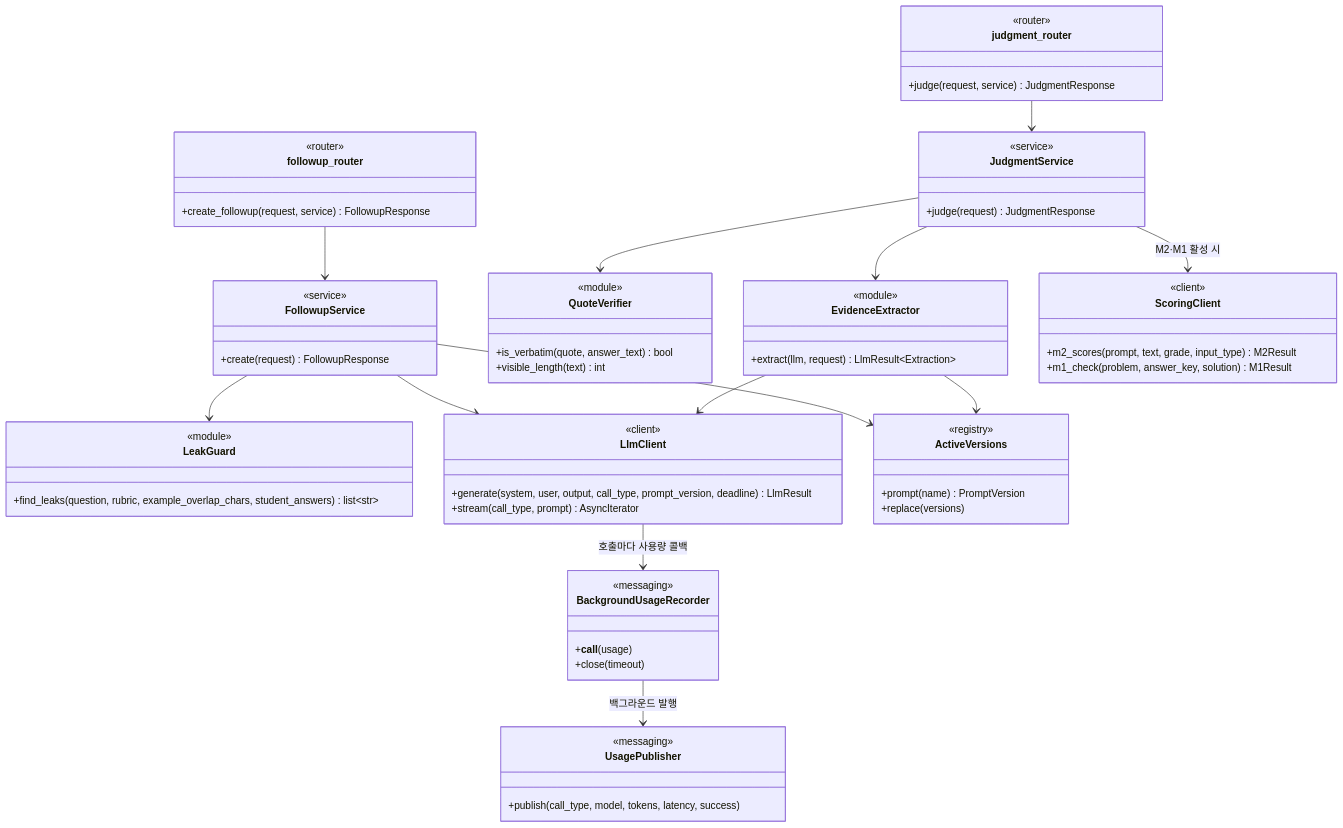
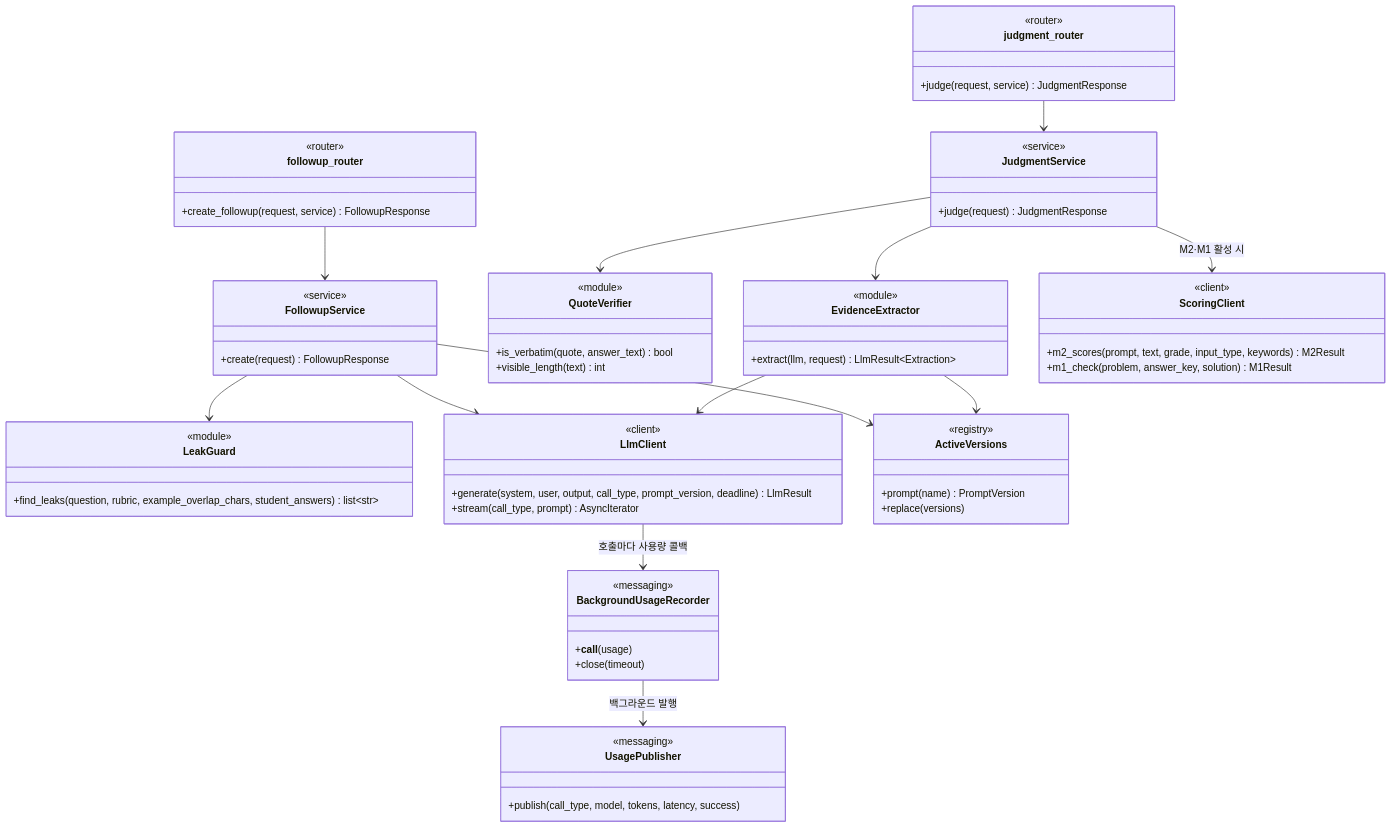
Before and after one commit to SKNETWORKS-FAMILY-AICAMP/SKN34-FINAL-3TEAM: diagram 11 of 15 in docs/design/class-diagram.md, drawn with Mermaid. The commit also changed other lines of this file and 19 other files, not shown here.

````diff
--- a/docs/design/class-diagram.md
+++ b/docs/design/class-diagram.md
@@ -1454,70 +1454,70 @@
 ```mermaid
 classDiagram
   direction TB
   class judgment_router {
     <<router>>
     +judge(request, service) JudgmentResponse
   }
   class JudgmentService {
     <<service>>
     +judge(request) JudgmentResponse
   }
   class EvidenceExtractor {
     <<module>>
     +extract(llm, request) LlmResult~Extraction~
   }
   class QuoteVerifier {
     <<module>>
     +is_verbatim(quote, answer_text) bool
     +visible_length(text) int
   }
   class followup_router {
     <<router>>
     +create_followup(request, service) FollowupResponse
   }
   class FollowupService {
     <<service>>
     +create(request) FollowupResponse
   }
   class LeakGuard {
     <<module>>
     +find_leaks(question, rubric, example_overlap_chars, student_answers) list~str~
   }
   class LlmClient {
     <<client>>
     +generate(system, user, output, call_type, prompt_version, deadline) LlmResult
     +stream(call_type, prompt) AsyncIterator
   }
   class ScoringClient {
     <<client>>
-    +m2_scores(prompt, text, grade, input_type) M2Result
+    +m2_scores(prompt, text, grade, input_type, keywords) M2Result
     +m1_check(problem, answer_key, solution) M1Result
   }
   class ActiveVersions {
     <<registry>>
     +prompt(name) PromptVersion
     +replace(versions)
   }
   class BackgroundUsageRecorder {
     <<messaging>>
     +__call__(usage)
     +close(timeout)
   }
   class UsagePublisher {
     <<messaging>>
     +publish(call_type, model, tokens, latency, success)
   }
 
   judgment_router --> JudgmentService
   JudgmentService --> EvidenceExtractor
   JudgmentService --> QuoteVerifier
   JudgmentService --> ScoringClient : M2·M1 활성 시
   EvidenceExtractor --> LlmClient
   EvidenceExtractor --> ActiveVersions
   followup_router --> FollowupService
   FollowupService --> LlmClient
   FollowupService --> LeakGuard
   FollowupService --> ActiveVersions
   LlmClient --> BackgroundUsageRecorder : 호출마다 사용량 콜백
   BackgroundUsageRecorder --> UsagePublisher : 백그라운드 발행
 ```
````
